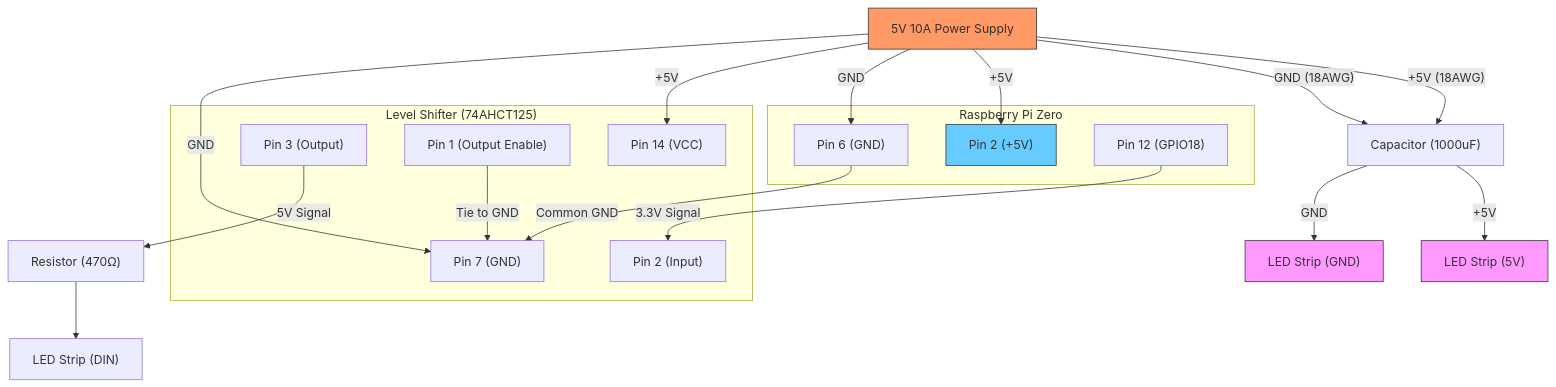
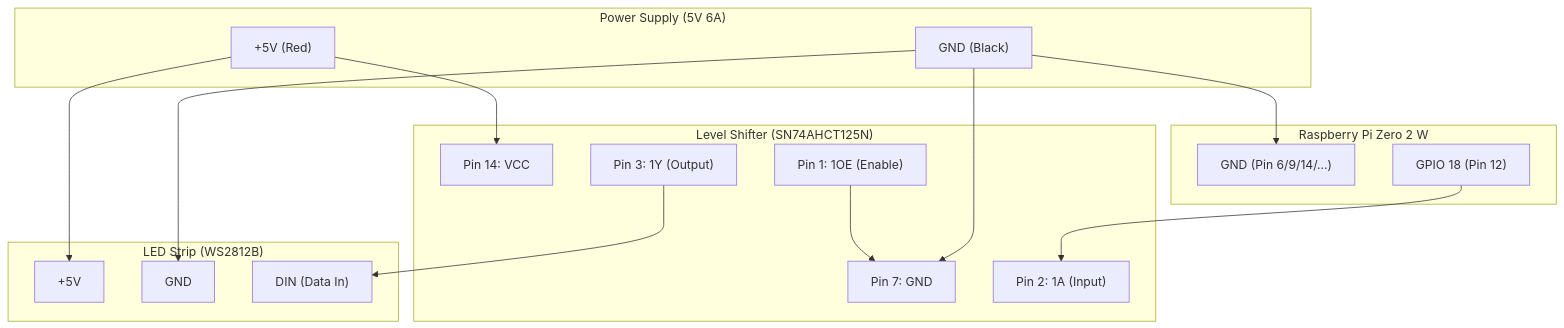
One commit to mono0926/electronics changed the diagram in piano-led-visualizer/hardware/wiring.md. Above: the diagram before and after it, drawn with Mermaid. The commit also changed other lines of this file and 1 other file, not shown here.

Commit message:
docs: ハードウェアの部品表と配線図を更新しました。

````diff
--- a/piano-led-visualizer/hardware/wiring.md
+++ b/piano-led-visualizer/hardware/wiring.md
@@ -7,44 +9,38 @@
 ```mermaid
 graph TD
-    PSU["5V 10A Power Supply"] -- "+5V (18AWG)" --> Cap["Capacitor (1000uF)"]
-    PSU -- "GND (18AWG)" --> Cap
-
-    Cap -- "+5V" --> LED_5V["LED Strip (5V)"]
-    Cap -- "GND" --> LED_GND["LED Strip (GND)"]
-
-    subgraph "Raspberry Pi Zero"
-        Pi_5V["Pin 2 (+5V)"]
-        Pi_GND["Pin 6 (GND)"]
-        Pi_GPIO18["Pin 12 (GPIO18)"]
+    subgraph "Power Supply (5V 6A)"
+        PSU_P["+5V (Red)"]
+        PSU_N["GND (Black)"]
     end
 
-    subgraph "Level Shifter (74AHCT125)"
-        LS_VCC["Pin 14 (VCC)"]
-        LS_GND["Pin 7 (GND)"]
-        LS_1A["Pin 2 (Input)"]
-        LS_1Y["Pin 3 (Output)"]
-        LS_1OE["Pin 1 (Output Enable)"]
+    subgraph "Raspberry Pi Zero 2 W"
+        RPi_GND["GND (Pin 6/9/14/...)"]
+        RPi_18["GPIO 18 (Pin 12)"]
     end
 
-    %% PSU to Pi
-    PSU -- "+5V" --> Pi_5V
-    PSU -- "GND" --> Pi_GND
+    subgraph "Level Shifter (SN74AHCT125N)"
+        LS_VCC["Pin 14: VCC"]
+        LS_GND["Pin 7: GND"]
+        LS_1A["Pin 2: 1A (Input)"]
+        LS_1Y["Pin 3: 1Y (Output)"]
+        LS_1OE["Pin 1: 1OE (Enable)"]
+    end
 
-    %% Pi to Level Shifter
-    Pi_GPIO18 -- "3.3V Signal" --> LS_1A
-    Pi_GND -- "Common GND" --> LS_GND
+    subgraph "LED Strip (WS2812B)"
+        LED_VCC["+5V"]
+        LED_GND["GND"]
+        LED_DIN["DIN (Data In)"]
+    end
 
-    %% Level Shifter to Power
-    PSU -- "+5V" --> LS_VCC
-    PSU -- "GND" --> LS_GND
-    LS_1OE -- "Tie to GND" --> LS_GND
+    %% Connections
+    PSU_P --> LED_VCC
+    PSU_P --> LS_VCC
 
-    %% Level Shifter to LED
-    LS_1Y -- "5V Signal" --> Res["Resistor (470Ω)"]
-    Res --> LED_DIN["LED Strip (DIN)"]
+    PSU_N --> LED_GND
+    PSU_N --> LS_GND
+    PSU_N --> RPi_GND
 
-    style PSU fill:#f96,stroke:#333
-    style LED_5V fill:#f9f,stroke:#333
-    style LED_GND fill:#f9f,stroke:#333
-    style Pi_5V fill:#6cf,stroke:#333
+    RPi_18 --> LS_1A
+    LS_1Y --> LED_DIN
+    LS_1OE --> LS_GND
 ```
````
